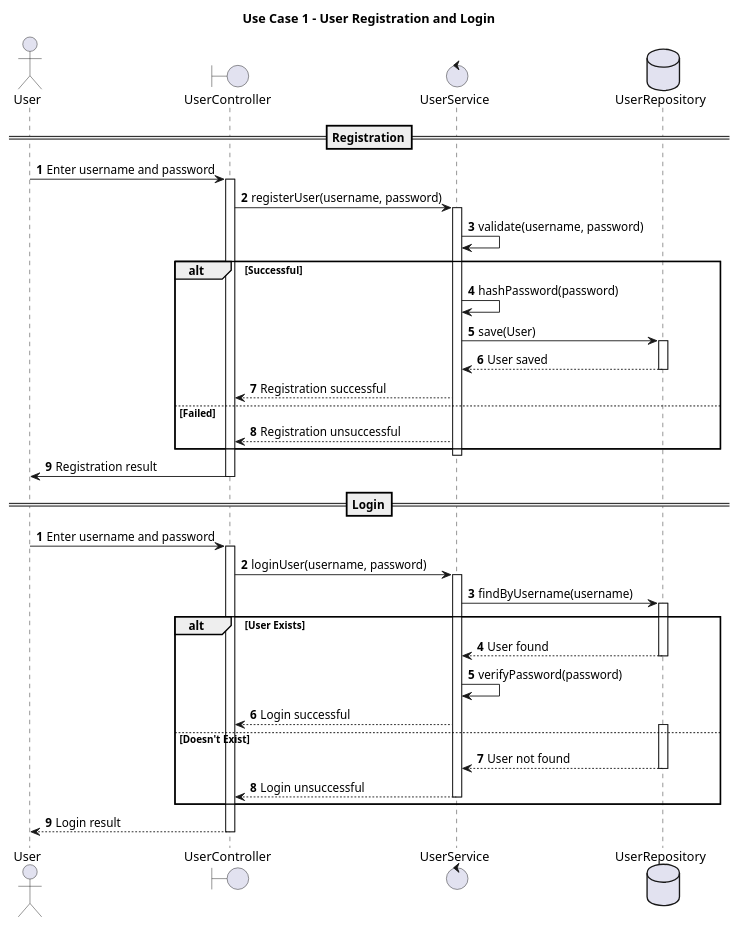
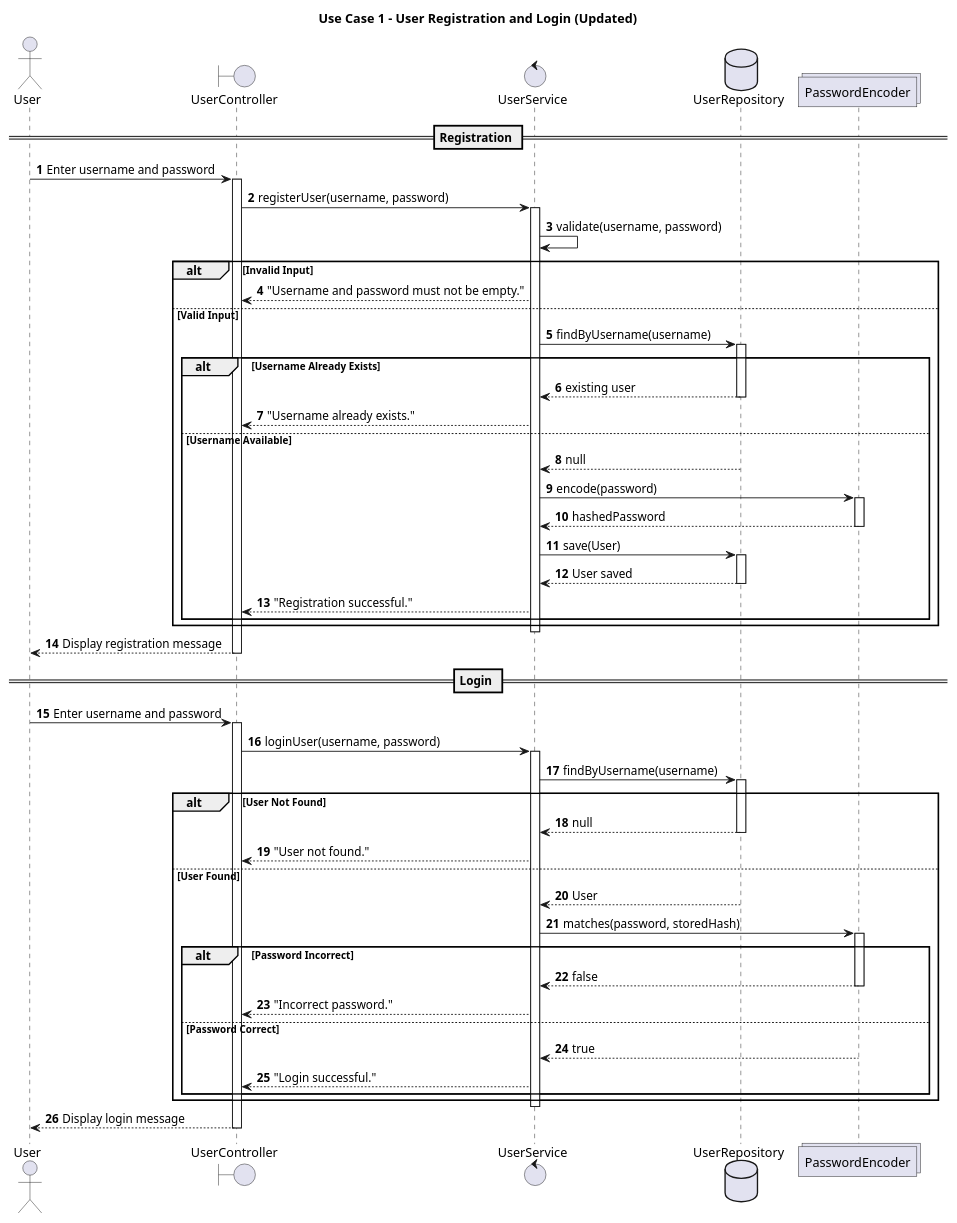
The diagram in Sequence Diagrams/Use Case 1_User Registration.puml (MohammedPatel-yorku/LegendsOfSwordAndWand), drawn with PlantUML before and after one commit. The commit also changed 1 other file, not shown here.

Commit message:
updated uml with error messages

```diff
--- a/Sequence Diagrams/Use Case 1_User Registration.puml
+++ b/Sequence Diagrams/Use Case 1_User Registration.puml
@@ -1,71 +1,99 @@
 @startuml
-'https://plantuml.com/sequence-diagram
-
+''autonumber each message
 autonumber
 
 skinparam responseMessageBelowArrow true
 
-title Use Case 1 - User Registration and Login
+title Use Case 1 - User Registration and Login (Updated)
 
 actor User
 boundary UserController
 control UserService
 database UserRepository
+collections PasswordEncoder
 
-==Registration==
+== Registration ==
 
 User -> UserController: Enter username and password
 activate UserController
+
 UserController -> UserService: registerUser(username, password)
 activate UserService
+
 UserService -> UserService: validate(username, password)
-alt Successful
-    UserService -> UserService: hashPassword(password)
-    UserService -> UserRepository: save(User)
+
+alt Invalid Input
+    UserService --> UserController: "Username and password must not be empty."
+
+else Valid Input
+    UserService -> UserRepository: findByUsername(username)
     activate UserRepository
 
-    UserRepository --> UserService: User saved
-    deactivate UserRepository
-    UserService --> UserController: Registration successful
+    alt Username Already Exists
+        UserRepository --> UserService: existing user
+        deactivate UserRepository
+        UserService --> UserController: "Username already exists."
 
-else Failed
-    UserService --> UserController: Registration unsuccessful
+    else Username Available
+        UserRepository --> UserService: null
+        deactivate UserRepository
 
+        UserService -> PasswordEncoder: encode(password)
+        activate PasswordEncoder
+        PasswordEncoder --> UserService: hashedPassword
+        deactivate PasswordEncoder
+
+        UserService -> UserRepository: save(User)
+        activate UserRepository
+        UserRepository --> UserService: User saved
+        deactivate UserRepository
+
+        UserService --> UserController: "Registration successful."
+    end
 end
 
 deactivate UserService
-UserController -> User: Registration result
+UserController --> User: Display registration message
 deactivate UserController
 
-autonumber
 
-==Login==
+== Login ==
 
 User -> UserController: Enter username and password
 activate UserController
+
 UserController -> UserService: loginUser(username, password)
 activate UserService
+
 UserService -> UserRepository: findByUsername(username)
 activate UserRepository
 
-alt User Exists
-    UserRepository --> UserService: User found
+alt User Not Found
+    UserRepository --> UserService: null
     deactivate UserRepository
-    UserService -> UserService: verifyPassword(password)
+    UserService --> UserController: "User not found."
 
-    UserService --> UserController: Login successful
-
-else Doesn't Exist
-    activate UserRepository
-    UserRepository --> UserService: User not found
+else User Found
+    UserRepository --> UserService: User
     deactivate UserRepository
 
-    UserService --> UserController: Login unsuccessful
-    deactivate UserService
+    UserService -> PasswordEncoder: matches(password, storedHash)
+    activate PasswordEncoder
 
+    alt Password Incorrect
+        PasswordEncoder --> UserService: false
+        deactivate PasswordEncoder
+        UserService --> UserController: "Incorrect password."
+
+    else Password Correct
+        PasswordEncoder --> UserService: true
+        deactivate PasswordEncoder
+        UserService --> UserController: "Login successful."
+    end
 end
 
-UserController --> User: Login result
+deactivate UserService
+UserController --> User: Display login message
 deactivate UserController
 
 @enduml
```
